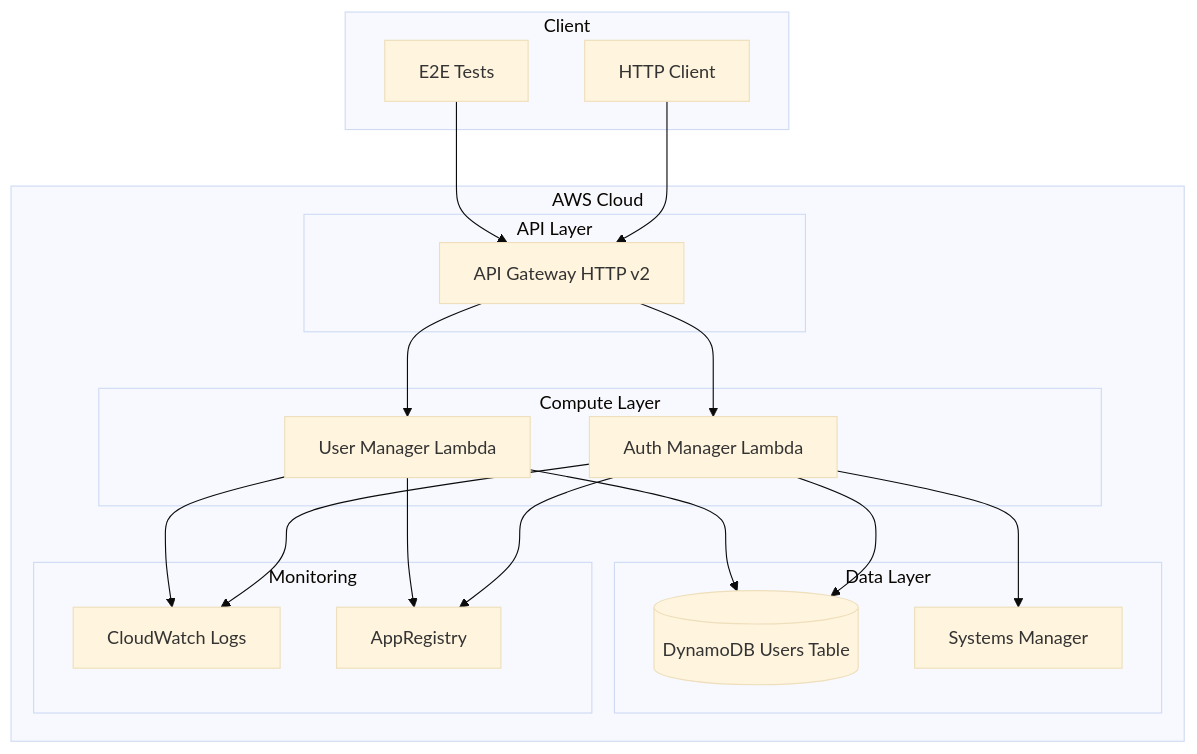
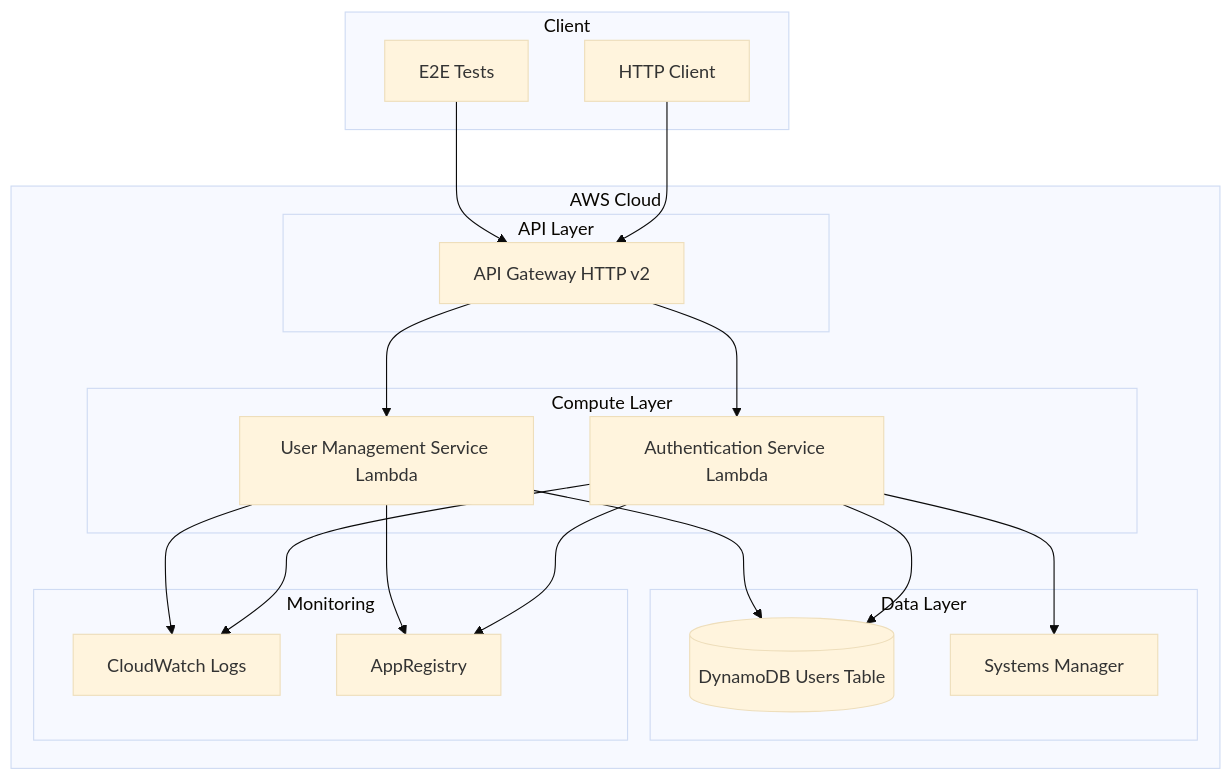
One commit to PedroJSerrano/serverless-back changed the first of 2 diagrams in README.md. Above: the diagram before and after it, drawn with Mermaid (base theme). The commit also changed other lines of this file and 152 other files, not shown here.

````diff
--- a/README.md
+++ b/README.md
@@ -84,40 +103,40 @@
 ```mermaid
 graph TB
     subgraph "AWS Cloud"
         subgraph "API Layer"
             AG[API Gateway HTTP v2]
         end
         
         subgraph "Compute Layer"
-            AL[Auth Manager Lambda]
-            UL[User Manager Lambda]
+            AL[Authentication Service Lambda]
+            UL[User Management Service Lambda]
         end
         
         subgraph "Data Layer"
             DB[(DynamoDB Users Table)]
             SSM[Systems Manager]
         end
         
         subgraph "Monitoring"
             CW[CloudWatch Logs]
             AR[AppRegistry]
         end
     end
     
     subgraph "Client"
         HTTP[HTTP Client]
         E2E[E2E Tests]
     end
     
     HTTP --> AG
     E2E --> AG
     AG --> AL
     AG --> UL
     AL --> DB
     AL --> SSM
     UL --> DB
     AL --> CW
     UL --> CW
     AL --> AR
     UL --> AR
 ```
````
